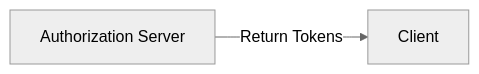
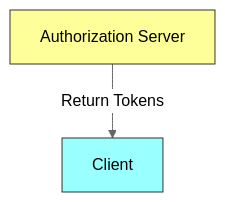
Before and after one commit to lele-maxwell/adorsys-gis-blog3: the third of 5 diagrams in docs/blog/direct-access-grant/slides.md, drawn with Mermaid (neutral theme). The commit also changed other lines of this file, not shown here.

Commit message:
Fix slides.md file to  use correct diagram syntax and format

````diff
--- a/docs/blog/direct-access-grant/slides.md
+++ b/docs/blog/direct-access-grant/slides.md
@@ -105,4 +111,6 @@
 ```mermaid
-graph LR
-  A[Authorization Server] -->|Return Tokens| B[Client]
+graph TD
+    A[Authorization Server] -->|Return Tokens| B[Client]
+    style A fill:#ff9,stroke:#333
+    style B fill:#9ff,stroke:#333
 ```
````
